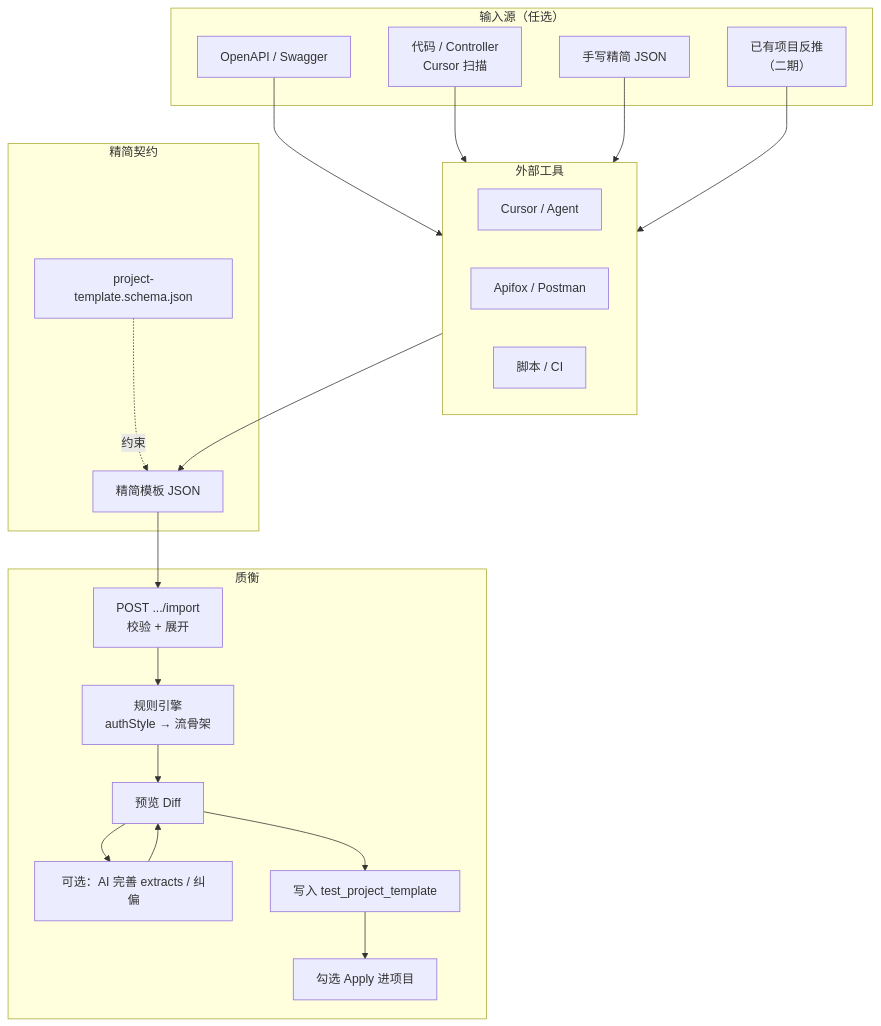
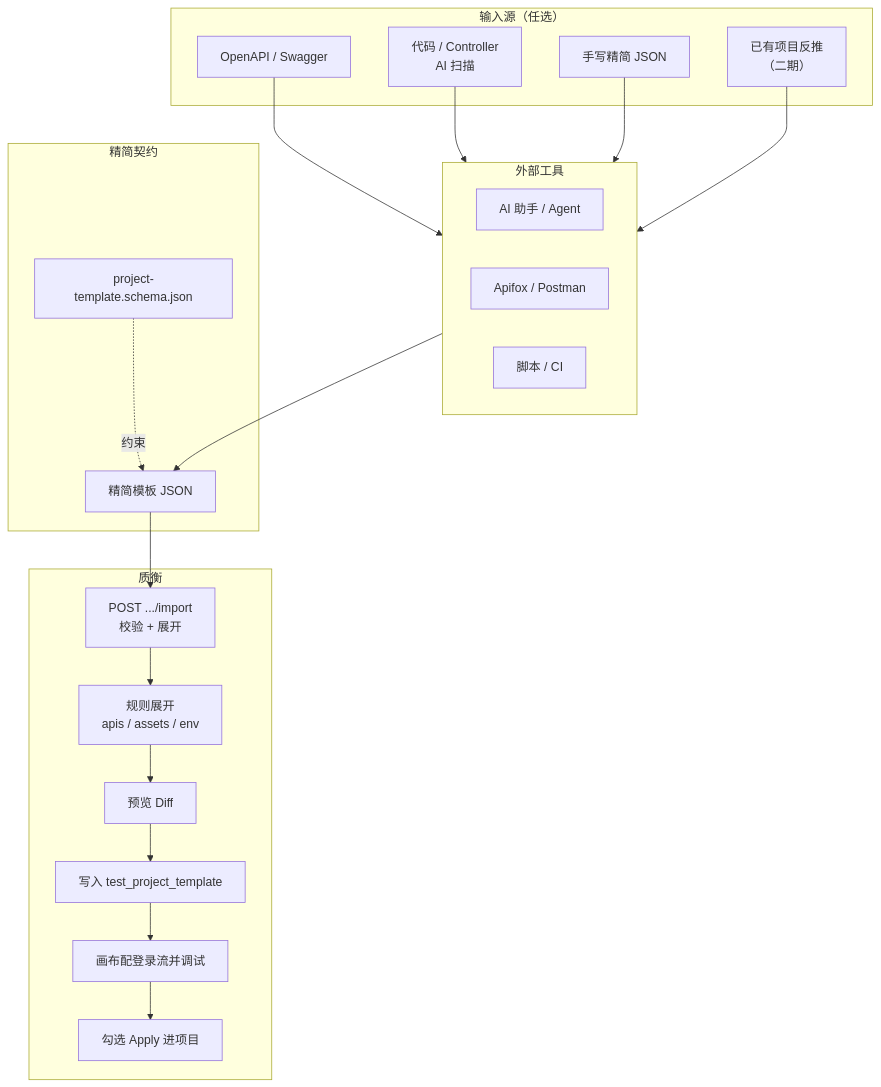
The third of 5 diagrams in docs/项目模板快速配置方案.md (qualitest-hq/qualitest), drawn with Mermaid before and after one commit. The commit also changed other lines of this file and 16 other files, not shown here.

````diff
--- a/docs/项目模板快速配置方案.md
+++ b/docs/项目模板快速配置方案.md
@@ -136,37 +136,34 @@
 ```mermaid
 flowchart TB
   subgraph Sources["输入源（任选）"]
     OA["OpenAPI / Swagger"]
-    Code["代码 / Controller<br/>Cursor 扫描"]
+    Code["代码 / Controller<br/>AI 扫描"]
     Hand["手写精简 JSON"]
     Proj["已有项目反推<br/>（二期）"]
   end
 
   subgraph External["外部工具"]
-    Cursor["Cursor / Agent"]
+    Agent["AI 助手 / Agent"]
     Apifox["Apifox / Postman"]
     Script["脚本 / CI"]
   end
 
   subgraph Slim["精简契约"]
     Schema["project-template.schema.json"]
     SlimJSON["精简模板 JSON"]
   end
 
   subgraph Qualitest["质衡"]
     Import["POST .../import<br/>校验 + 展开"]
-    Expand["规则引擎<br/>authStyle → 流骨架"]
-    AI["可选：AI 完善 extracts / 纠偏"]
+    Expand["规则展开<br/>apis / assets / env"]
     Preview["预览 Diff"]
     Save["写入 test_project_template"]
+    Canvas["画布配登录流并调试"]
     Apply2["勾选 Apply 进项目"]
   end
 
   OA & Code & Hand & Proj --> External
   External --> SlimJSON
   Schema -.->|约束| SlimJSON
-  SlimJSON --> Import --> Expand --> Preview
-  Preview --> AI
-  AI --> Preview
-  Preview --> Save --> Apply2
+  SlimJSON --> Import --> Expand --> Preview --> Save --> Canvas --> Apply2
 ```
````
